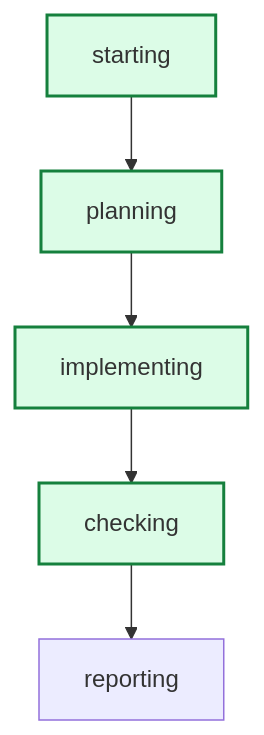
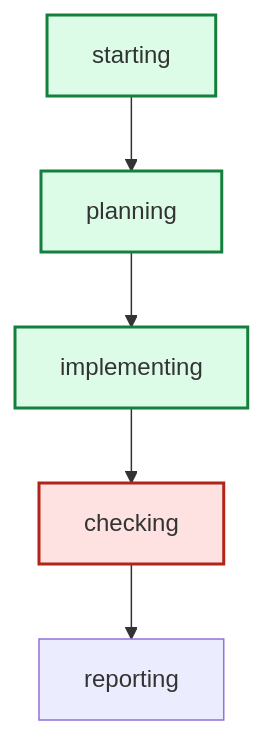
Before and after one commit to daniell0gda/hermes-feature-check-dashboard: the diagram in latest/graph.mmd, drawn with Mermaid. The commit also changed 24 other files, not shown here.

```diff
--- a/latest/graph.mmd
+++ b/latest/graph.mmd
@@ -1,13 +1,13 @@
 graph TD
     starting --> planning
     planning --> implementing
     implementing --> checking
     checking --> reporting
 
 classDef done fill:#dcfce7,stroke:#15803d,stroke-width:2px;
 classDef active fill:#dbeafe,stroke:#2563eb,stroke-width:3px;
 classDef failed fill:#fee2e2,stroke:#b42318,stroke-width:2px;
-class checking done;
+class checking failed;
+class planning done;
 class implementing done;
 class starting done;
-class planning done;
```
